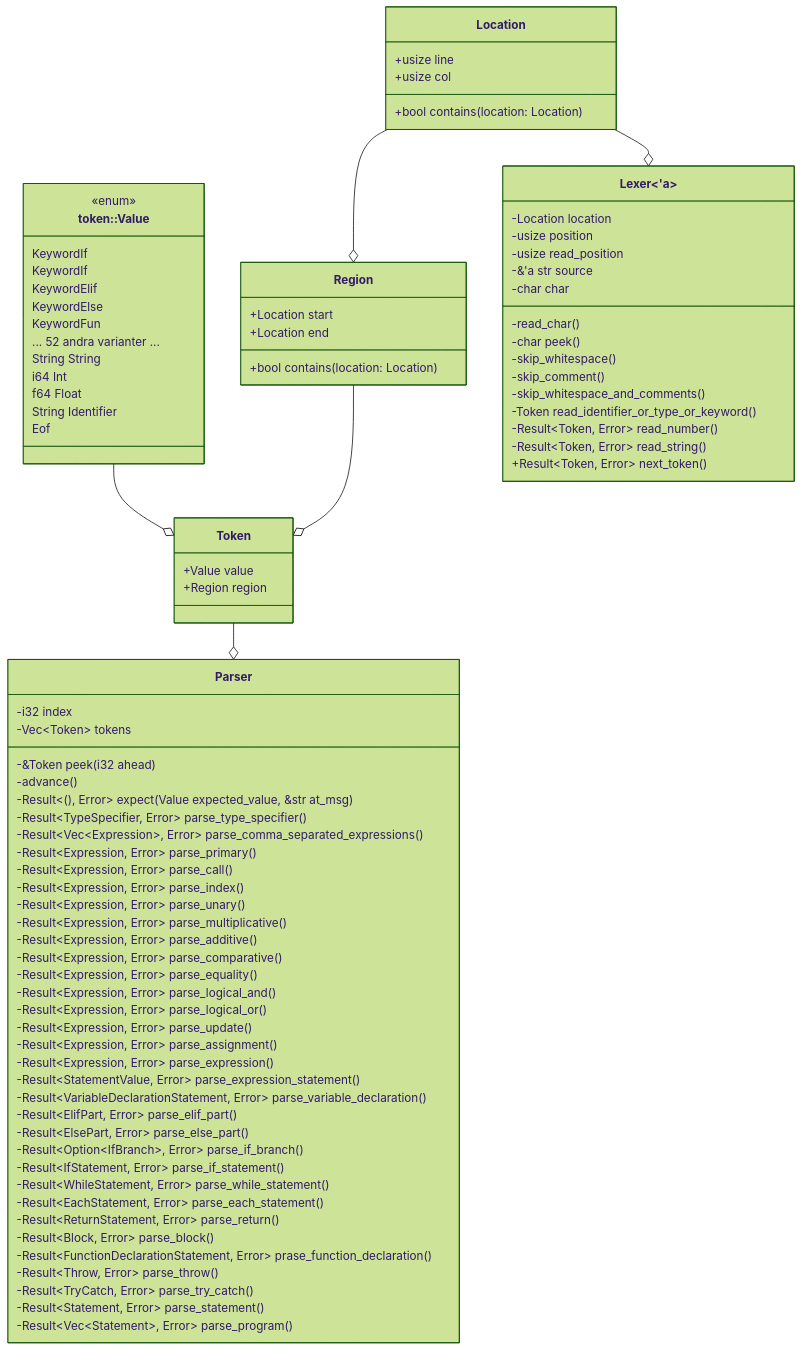
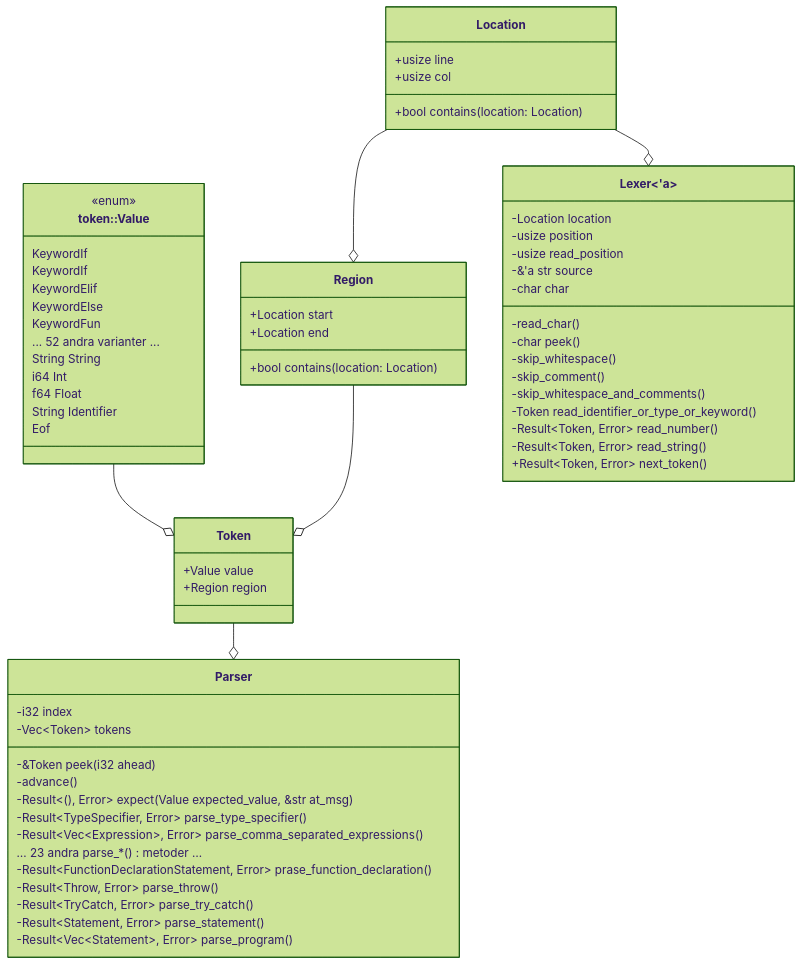
Before and after one commit to OttoRoming/TDP019: the diagram in docs/uml-lexer-parser.mmd, drawn with Mermaid (forest theme). The commit also changed 3 other files, not shown here.

Commit message:
uml update

```diff
--- a/docs/uml-lexer-parser.mmd
+++ b/docs/uml-lexer-parser.mmd
@@ -1,96 +1,74 @@
 classDiagram
 direction TB
     class Location {
 	    +usize line
 	    +usize col
 	    +bool contains(location: Location)
     }
 
     class Region {
 	    +Location start
 	    +Location end
 	    +bool contains(location: Location)
     }
 
     class Token {
 	    +Value value
 	    +Region region
     }
 
     class `token&colon;&colon;Value` {
 	    KeywordIf
 	    KeywordIf
 	    KeywordElif
 	    KeywordElse
 	    KeywordFun
 	    ... 52 andra varianter ...
 	    String String
 	    i64 Int
 	    f64 Float
 	    String Identifier
 	    Eof
     }
 
     class `Lexer&lt;'a&gt;` {
 	    -Location location
 	    -usize position
 	    -usize read_position
 	    -&'a str source
 	    -char char
 	    -read_char()
 	    -char peek()
 	    -skip_whitespace()
 	    -skip_comment()
 	    -skip_whitespace_and_comments()
 	    -Token read_identifier_or_type_or_keyword()
 	    -Result&lt;Token, Error&gt; read_number()
 	    -Result&lt;Token, Error&gt; read_string()
 	    +Result&lt;Token, Error&gt; next_token()
     }
 
     class Parser {
 	    -i32 index
 	    -Vec~Token~ tokens
 	    -&Token peek(i32 ahead)
 	    -advance()
 	    -Result&lt;(), Error&gt; expect(Value expected_value, &str at_msg)
 	    -Result&lt;TypeSpecifier, Error&gt; parse_type_specifier()
 	    -Result&lt;Vec&lt;Expression&gt;, Error&gt; parse_comma_separated_expressions()
-	    -Result&lt;Expression, Error&gt; parse_primary()
-	    -Result&lt;Expression, Error&gt; parse_call()
-	    -Result&lt;Expression, Error&gt; parse_index()
-	    -Result&lt;Expression, Error&gt; parse_unary()
-	    -Result&lt;Expression, Error&gt; parse_multiplicative()
-	    -Result&lt;Expression, Error&gt; parse_additive()
-	    -Result&lt;Expression, Error&gt; parse_comparative()
-	    -Result&lt;Expression, Error&gt; parse_equality()
-	    -Result&lt;Expression, Error&gt; parse_logical_and()
-	    -Result&lt;Expression, Error&gt; parse_logical_or()
-	    -Result&lt;Expression, Error&gt; parse_update()
-	    -Result&lt;Expression, Error&gt; parse_assignment()
-	    -Result&lt;Expression, Error&gt; parse_expression()
-	    -Result&lt;StatementValue, Error&gt; parse_expression_statement()
-	    -Result&lt;VariableDeclarationStatement, Error&gt; parse_variable_declaration()
-	    -Result&lt;ElifPart, Error&gt; parse_elif_part()
-	    -Result&lt;ElsePart, Error&gt; parse_else_part()
-	    -Result&lt;Option&lt;IfBranch&gt;, Error&gt; parse_if_branch()
-	    -Result&lt;IfStatement, Error&gt; parse_if_statement()
-	    -Result&lt;WhileStatement, Error&gt; parse_while_statement()
-	    -Result&lt;EachStatement, Error&gt; parse_each_statement()
-	    -Result&lt;ReturnStatement, Error&gt; parse_return()
-	    -Result&lt;Block, Error&gt; parse_block()
+	    &hellip; 23 andra parse_*() metoder &hellip;
 	    -Result&lt;FunctionDeclarationStatement, Error&gt; prase_function_declaration()
 	    -Result&lt;Throw, Error&gt; parse_throw()
 	    -Result&lt;TryCatch, Error&gt; parse_try_catch()
 	    -Result&lt;Statement, Error&gt; parse_statement()
 	    -Result&lt;Vec&lt;Statement&gt;, Error&gt; parse_program()
     }
 
 
 	<<enum>> `token&colon;&colon;Value`
 
     Token --o Parser
     `token&colon;&colon;Value` --o Token
     Region --o Token
     Location --o Region
 	Location --o `Lexer&lt;'a&gt;`
```
